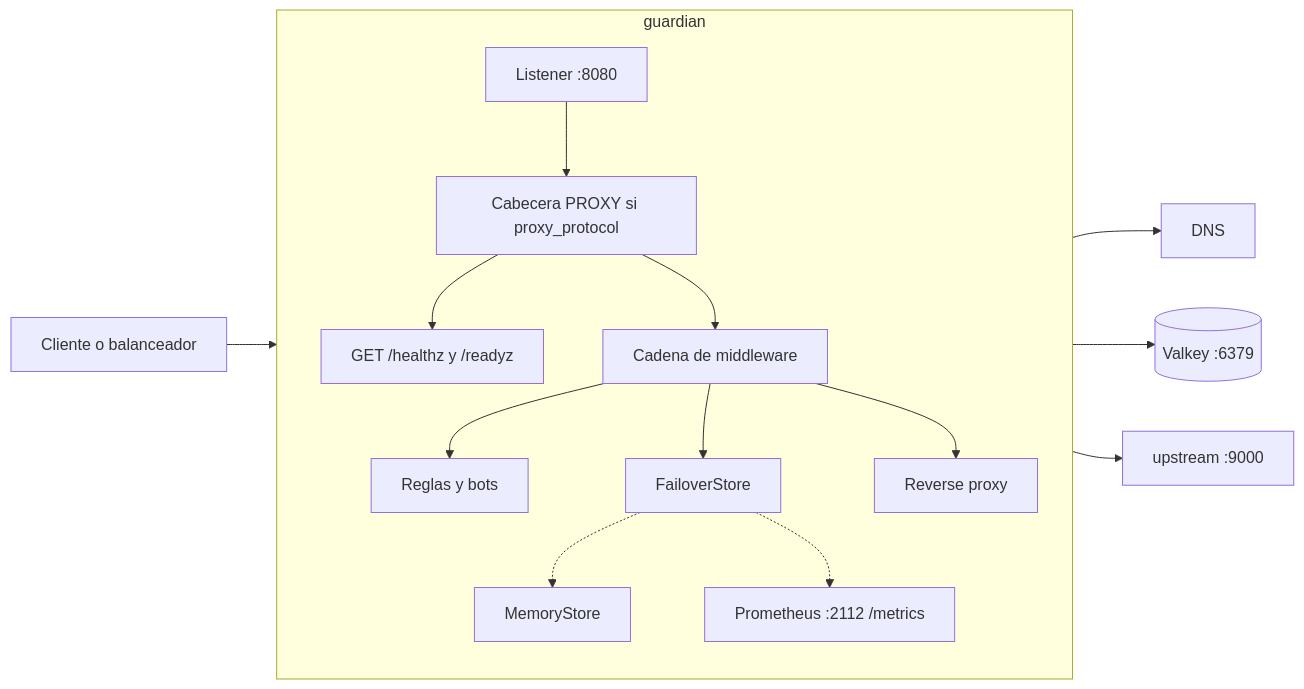
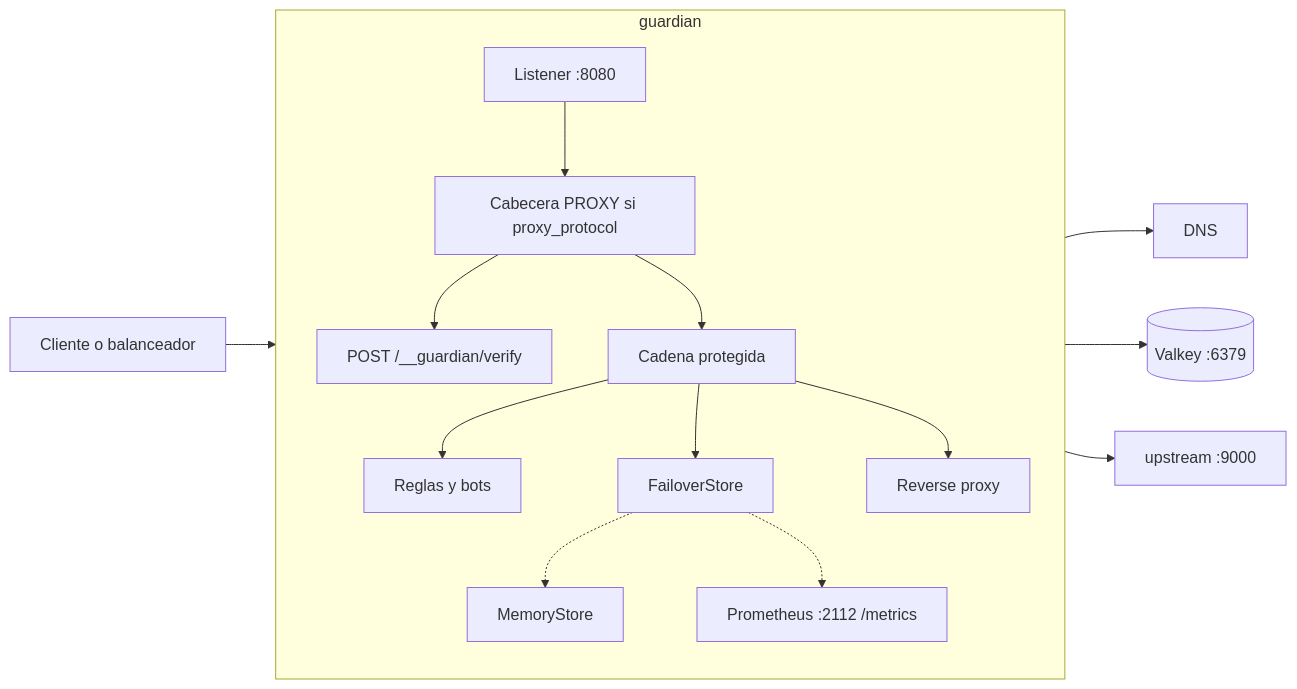
Before and after one commit to fharias/guardian-scrapy: the first of 7 diagrams in README.md, drawn with Mermaid. The commit also changed other lines of this file and 1 other file, not shown here.

````diff
--- a/README.md
+++ b/README.md
@@ -13,34 +13,34 @@
 ```mermaid
 flowchart LR
   cliente[Cliente o balanceador]
 
   subgraph proxy [guardian]
     direction TB
     listener["Listener :8080"]
     pp["Cabecera PROXY si proxy_protocol"]
-    salud["GET /healthz y /readyz"]
-    cadena[Cadena de middleware]
+    verify["POST /__guardian/verify"]
+    cadena[Cadena protegida]
     reglas[Reglas y bots]
     reverso["Reverse proxy"]
     failover[FailoverStore]
     memoria[MemoryStore]
     metricas["Prometheus :2112 /metrics"]
   end
 
   valkey[("Valkey :6379")]
   dns[DNS]
   origen["upstream :9000"]
 
   cliente --> listener
   listener --> pp
-  pp --> salud
+  pp --> verify
   pp --> cadena
   cadena --> reglas
   reglas --> dns
   cadena --> failover
   cadena --> reverso
   failover --> valkey
   failover -.-> memoria
   failover -.-> metricas
   reverso --> origen
 ```
````
